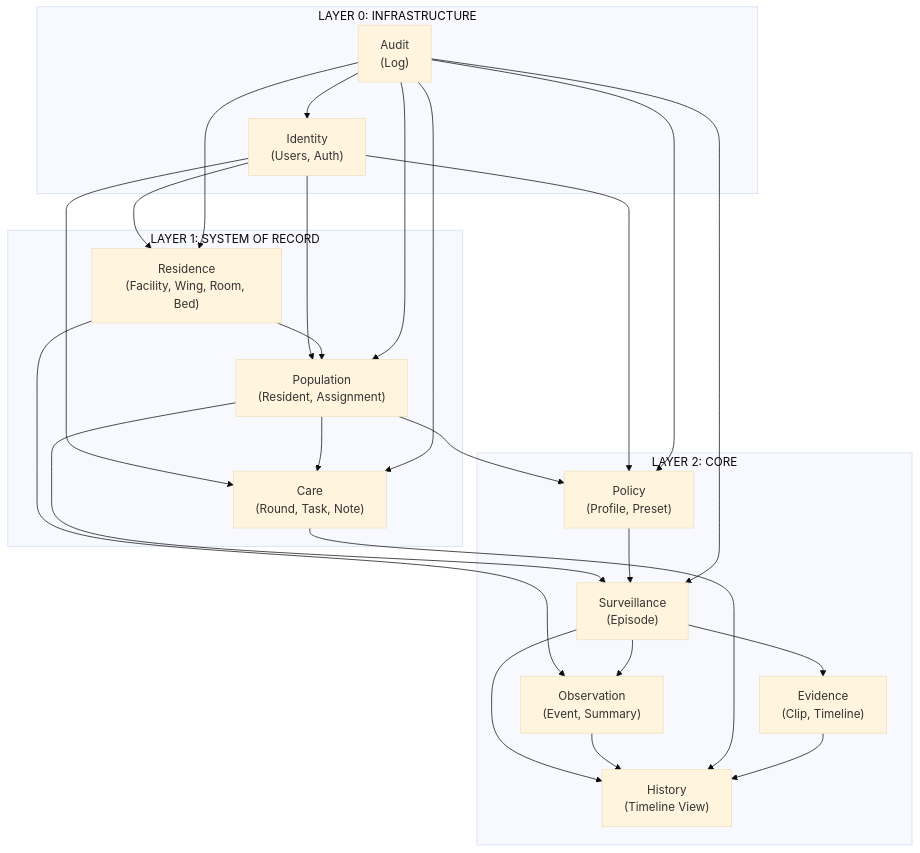
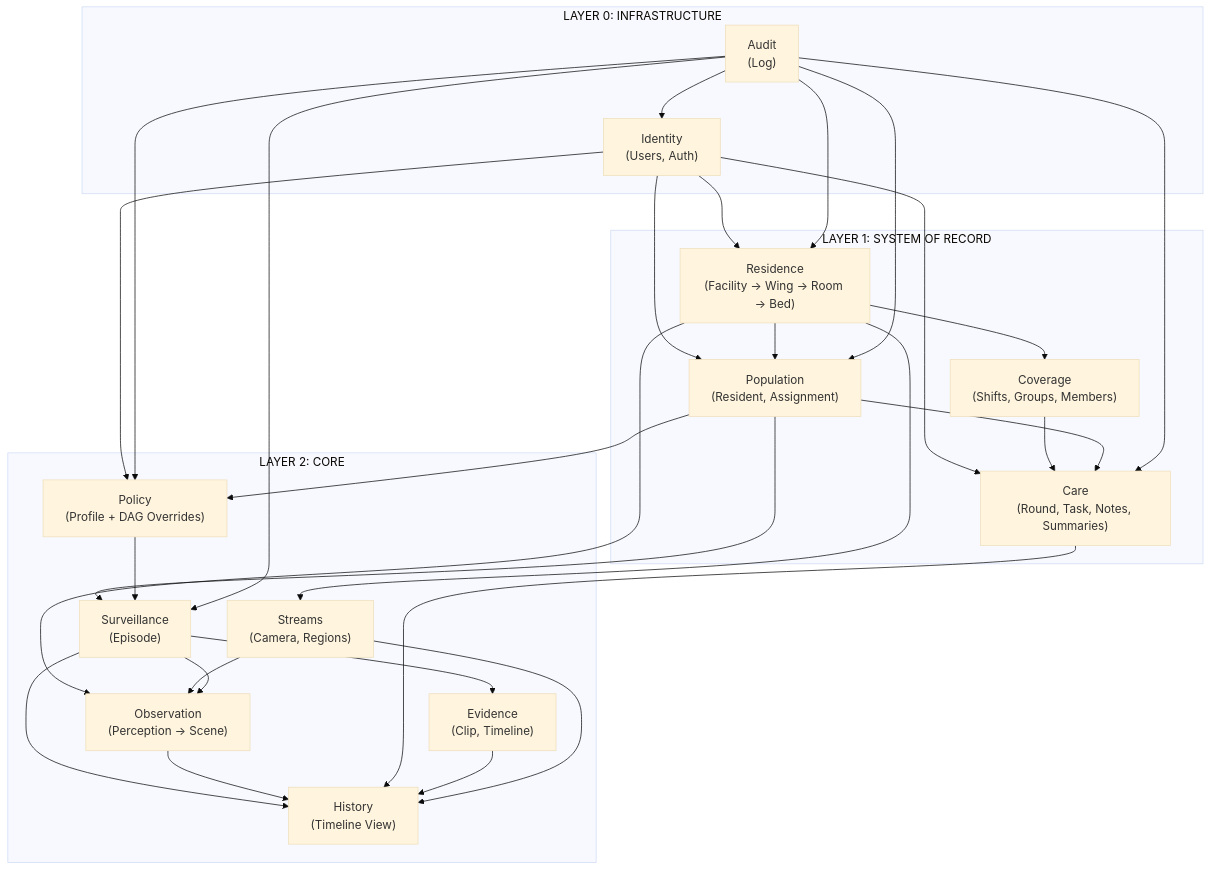
One commit to e7canasta/mana-hub changed the diagram in docs/big-picture/context-map.md. Above: the diagram before and after it, drawn with Mermaid (base theme). The commit also changed other lines of this file and 26 other files, not shown here.

````diff
--- a/docs/big-picture/context-map.md
+++ b/docs/big-picture/context-map.md
@@ -41,50 +46,57 @@
 ```mermaid
 graph TB
     subgraph "LAYER 0: INFRASTRUCTURE"
         IDENTITY["Identity<br/>(Users, Auth)"]
         AUDIT["Audit<br/>(Log)"]
     end
 
     subgraph "LAYER 1: SYSTEM OF RECORD"
-        RESIDENCE["Residence<br/>(Facility, Wing, Room, Bed)"]
+        RESIDENCE["Residence<br/>(Facility → Wing → Room → Bed)"]
         POPULATION["Population<br/>(Resident, Assignment)"]
-        CARE["Care<br/>(Round, Task, Note)"]
+        CARE["Care<br/>(Round, Task, Notes, Summaries)"]
+        COVERAGE["Coverage<br/>(Shifts, Groups, Members)"]
     end
 
     subgraph "LAYER 2: CORE"
-        POLICY["Policy<br/>(Profile, Preset)"]
+        POLICY["Policy<br/>(Profile + DAG Overrides)"]
         SURVEILLANCE["Surveillance<br/>(Episode)"]
-        OBSERVATION["Observation<br/>(Event, Summary)"]
+        OBSERVATION["Observation<br/>(Perception → Scene)"]
         EVIDENCE["Evidence<br/>(Clip, Timeline)"]
         HISTORY["History<br/>(Timeline View)"]
+        STREAMS["Streams<br/>(Camera, Regions)"]
     end
 
     IDENTITY --> RESIDENCE
     IDENTITY --> POPULATION
     IDENTITY --> CARE
     IDENTITY --> POLICY
 
     RESIDENCE --> POPULATION
     RESIDENCE --> OBSERVATION
+    RESIDENCE --> STREAMS
+    RESIDENCE --> COVERAGE
+    COVERAGE --> CARE
 
     POPULATION --> POLICY
     POPULATION --> SURVEILLANCE
     POPULATION --> CARE
 
     POLICY --> SURVEILLANCE
+    STREAMS --> OBSERVATION
 
     SURVEILLANCE --> OBSERVATION
     SURVEILLANCE --> EVIDENCE
     SURVEILLANCE --> HISTORY
 
     OBSERVATION --> HISTORY
     CARE --> HISTORY
     EVIDENCE --> HISTORY
+    STREAMS --> HISTORY
 
     AUDIT --> IDENTITY
     AUDIT --> RESIDENCE
     AUDIT --> POPULATION
     AUDIT --> POLICY
     AUDIT --> SURVEILLANCE
     AUDIT --> CARE
 ```
````
